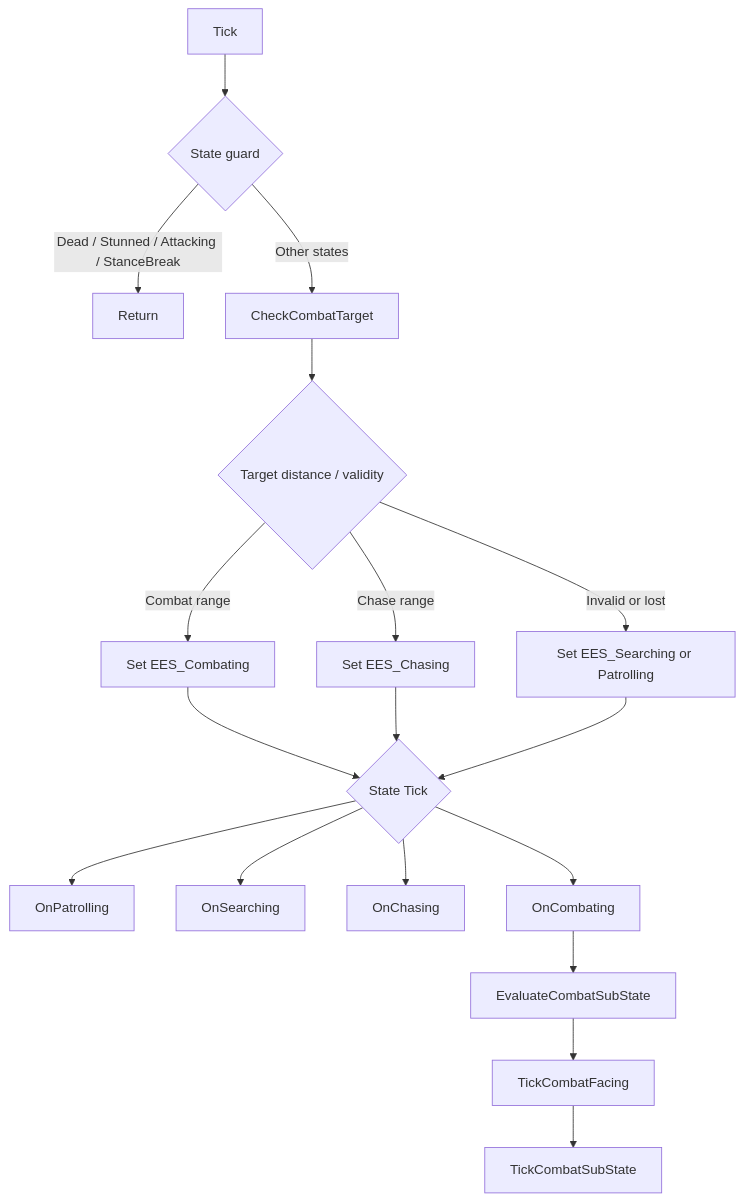
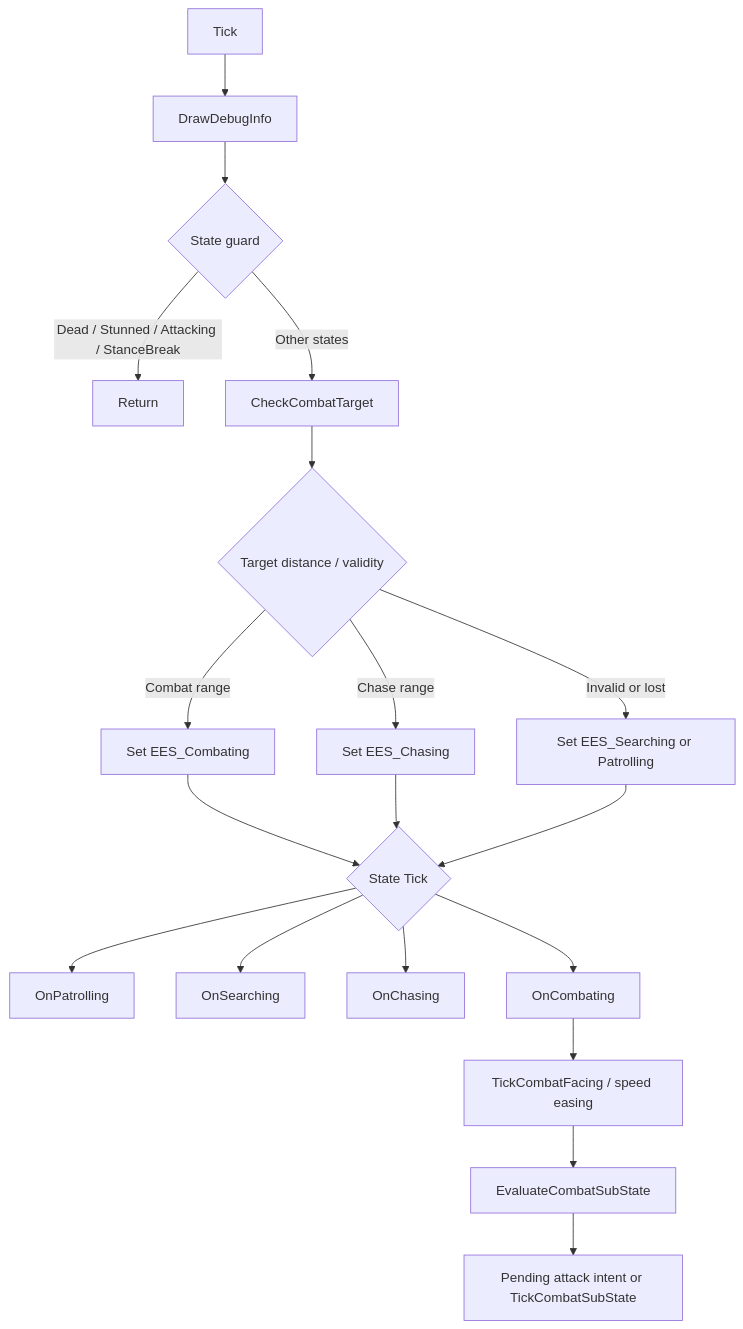
One commit to Kulahala/UE5-Soulslike-Combat changed the fifth of 6 diagrams in ARCHITECTURE.md. Above: the diagram before and after it, drawn with Mermaid. The commit also changed other lines of this file and 6 other files, not shown here.

First line of the commit message:
[Feature] 完善敌人攻击意图前压

````diff
--- a/ARCHITECTURE.md
+++ b/ARCHITECTURE.md
@@ -188,20 +188,21 @@
 ```mermaid
 flowchart TD
-    A[Tick] --> B{State guard}
-    B -->|Dead / Stunned / Attacking / StanceBreak| C[Return]
-    B -->|Other states| D[CheckCombatTarget]
-    D --> E{Target distance / validity}
-    E -->|Combat range| F[Set EES_Combating]
-    E -->|Chase range| G[Set EES_Chasing]
-    E -->|Invalid or lost| H[Set EES_Searching or Patrolling]
-    F --> I{State Tick}
-    G --> I
-    H --> I
-    I --> J[OnPatrolling]
-    I --> K[OnSearching]
-    I --> L[OnChasing]
-    I --> M[OnCombating]
-    M --> N[EvaluateCombatSubState]
-    N --> O[TickCombatFacing]
-    O --> P[TickCombatSubState]
+    A[Tick] --> B[DrawDebugInfo]
+    B --> C{State guard}
+    C -->|Dead / Stunned / Attacking / StanceBreak| D[Return]
+    C -->|Other states| E[CheckCombatTarget]
+    E --> F{Target distance / validity}
+    F -->|Combat range| G[Set EES_Combating]
+    F -->|Chase range| H[Set EES_Chasing]
+    F -->|Invalid or lost| I[Set EES_Searching or Patrolling]
+    G --> J{State Tick}
+    H --> J
+    I --> J
+    J --> K[OnPatrolling]
+    J --> L[OnSearching]
+    J --> M[OnChasing]
+    J --> N[OnCombating]
+    N --> O[TickCombatFacing / speed easing]
+    O --> P[EvaluateCombatSubState]
+    P --> Q[Pending attack intent or TickCombatSubState]
 ```
````
